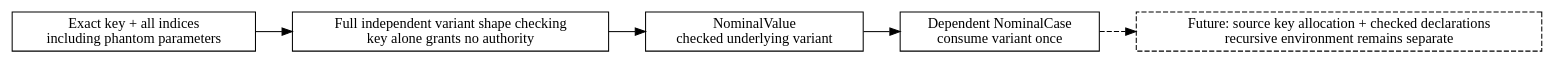
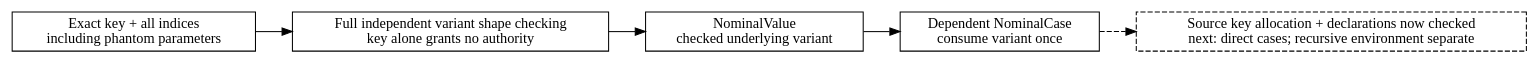
One commit to odunboye/fibril changed the diagram in docs/diagrams/nominal-data.dot. Above: the diagram before and after it, drawn with Graphviz. The commit also changed 31 other files, not shown here.

Commit message:
Add checked non-recursive source data constructors and optional consuming eliminators

```diff
--- a/docs/diagrams/nominal-data.dot
+++ b/docs/diagrams/nominal-data.dot
@@ -1,11 +1,11 @@
 digraph NominalData {
   rankdir=LR;
   node [shape=box];
   identity [label="Exact key + all indices\nincluding phantom parameters"];
   shape [label="Full independent variant shape checking\nkey alone grants no authority"];
   value [label="NominalValue\nchecked underlying variant"];
   elimination [label="Dependent NominalCase\nconsume variant once"];
   identity -> shape -> value -> elimination;
-  next [label="Future: source key allocation + checked declarations\nrecursive environment remains separate", style=dashed];
+  next [label="Source key allocation + declarations now checked\nnext: direct cases; recursive environment separate", style=dashed];
   elimination -> next [style=dashed];
 }
```
